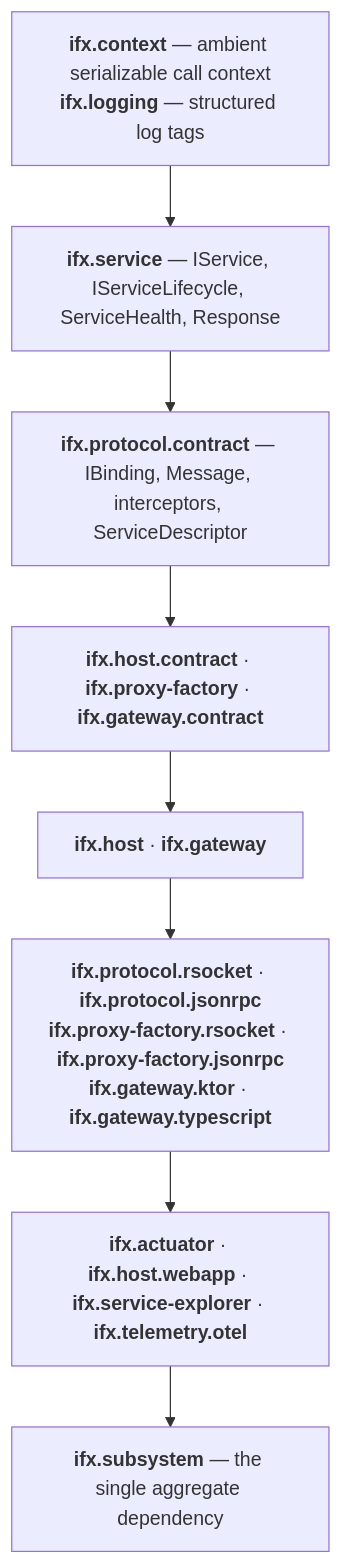
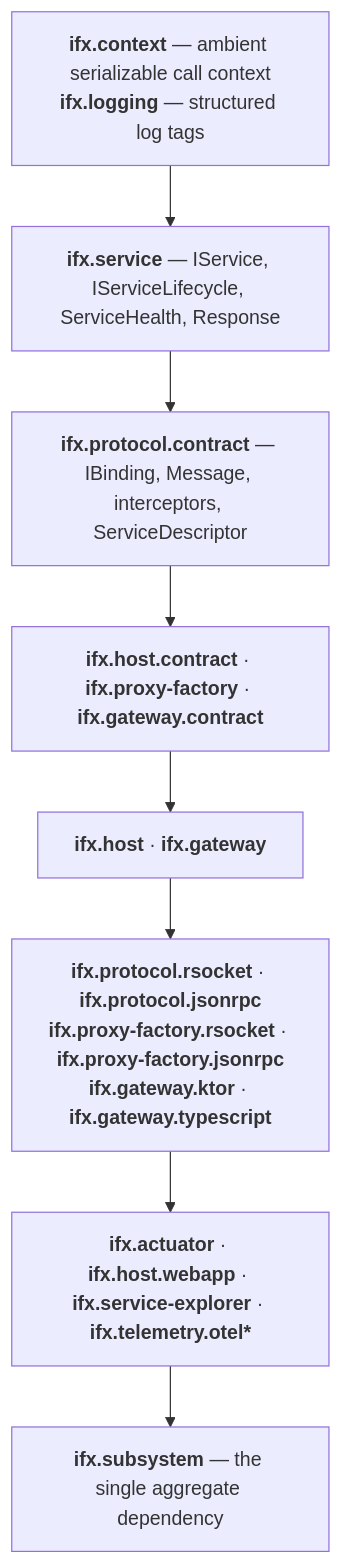
One commit to carbide-ifx/carbide changed the second of 3 diagrams in docs/architecture.md. Above: the diagram before and after it, drawn with Mermaid. The commit also changed other lines of this file and 19 other files, not shown here.

````diff
--- a/docs/architecture.md
+++ b/docs/architecture.md
@@ -72,13 +72,13 @@
 ```mermaid
 flowchart TB
     L0["<b>ifx.context</b> — ambient serializable call context<br/><b>ifx.logging</b> — structured log tags"]
     L1["<b>ifx.service</b> — IService, IServiceLifecycle, ServiceHealth, Response"]
     L2["<b>ifx.protocol.contract</b> — IBinding, Message, interceptors, ServiceDescriptor"]
     L3["<b>ifx.host.contract</b> · <b>ifx.proxy-factory</b> · <b>ifx.gateway.contract</b>"]
     L4["<b>ifx.host</b> · <b>ifx.gateway</b>"]
     L5["<b>ifx.protocol.rsocket</b> · <b>ifx.protocol.jsonrpc</b><br/><b>ifx.proxy-factory.rsocket</b> · <b>ifx.proxy-factory.jsonrpc</b><br/><b>ifx.gateway.ktor</b> · <b>ifx.gateway.typescript</b>"]
-    L6["<b>ifx.actuator</b> · <b>ifx.host.webapp</b> · <b>ifx.service-explorer</b> · <b>ifx.telemetry.otel</b>"]
+    L6["<b>ifx.actuator</b> · <b>ifx.host.webapp</b> · <b>ifx.service-explorer</b> · <b>ifx.telemetry.otel*</b>"]
     L7["<b>ifx.subsystem</b> — the single aggregate dependency"]
 
     L0 --> L1 --> L2 --> L3 --> L4 --> L5 --> L6 --> L7
 ```
````
